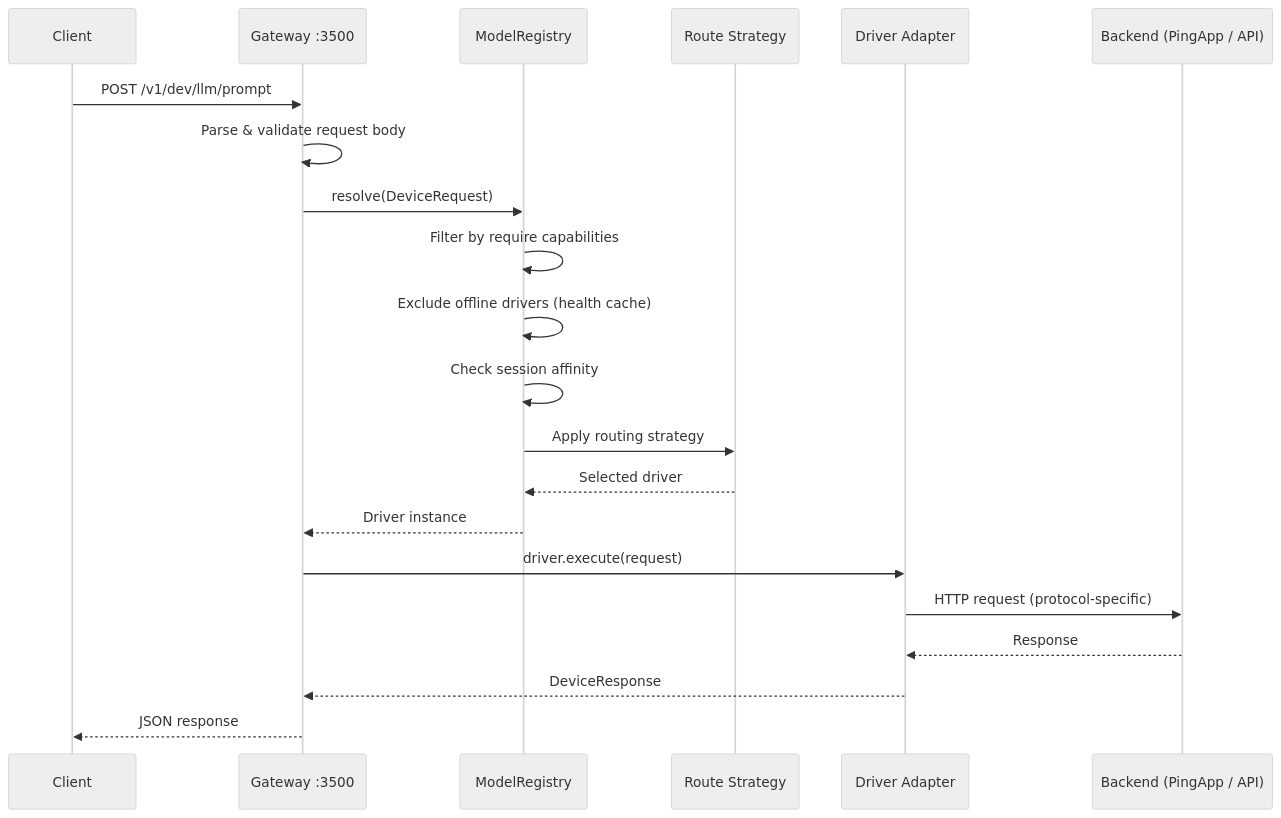
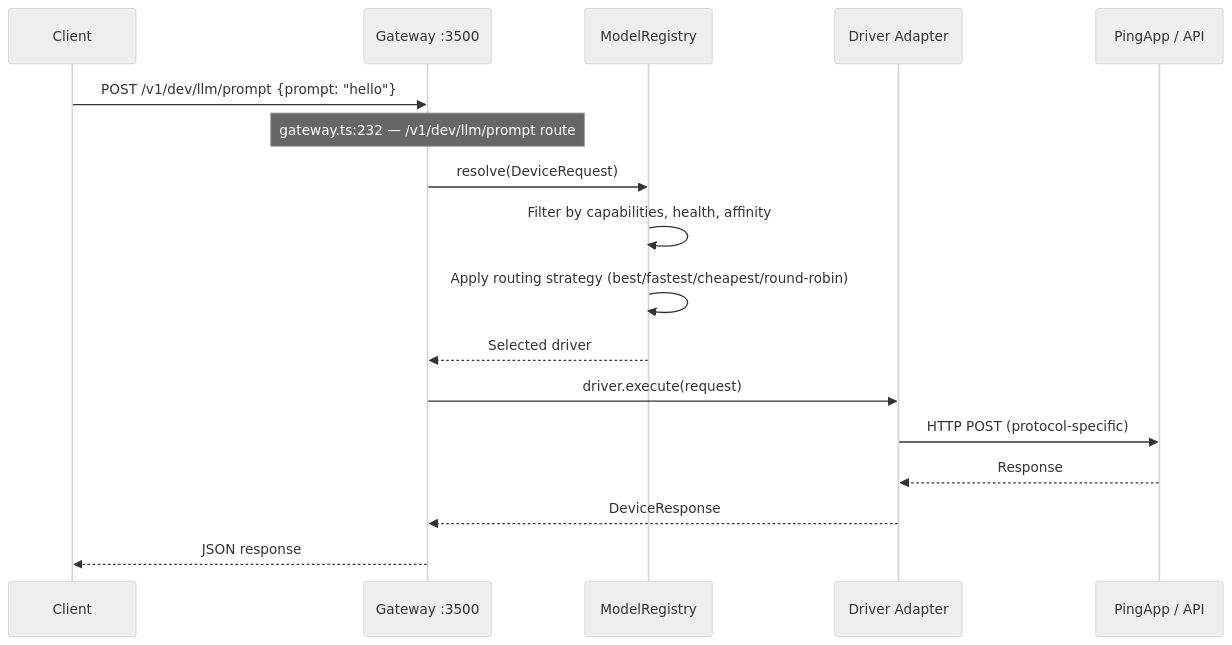
One commit to lorcan35/pingdev changed the fourth of 13 diagrams in docs/ARCHITECTURE.md. Above: the diagram before and after it, drawn with Mermaid (neutral theme). The commit also changed other lines of this file and 28 other files, not shown here.

Commit message:
docs: comprehensive documentation overhaul — API, architecture, guides, install

````diff
--- a/docs/ARCHITECTURE.md
+++ b/docs/ARCHITECTURE.md
@@ -88,24 +136,20 @@
 ```mermaid
 sequenceDiagram
     participant Client
     participant Gateway as Gateway :3500
     participant Registry as ModelRegistry
-    participant Router as Route Strategy
     participant Driver as Driver Adapter
-    participant Backend as Backend (PingApp / API)
+    participant Backend as PingApp / API
 
-    Client->>Gateway: POST /v1/dev/llm/prompt
-    Gateway->>Gateway: Parse & validate request body
+    Client->>Gateway: POST /v1/dev/llm/prompt {prompt: "hello"}
+    Note over Gateway: gateway.ts:232 — /v1/dev/llm/prompt route
     Gateway->>Registry: resolve(DeviceRequest)
-    Registry->>Registry: Filter by require capabilities
-    Registry->>Registry: Exclude offline drivers (health cache)
-    Registry->>Registry: Check session affinity
-    Registry->>Router: Apply routing strategy
-    Router-->>Registry: Selected driver
-    Registry-->>Gateway: Driver instance
+    Registry->>Registry: Filter by capabilities, health, affinity
+    Registry->>Registry: Apply routing strategy (best/fastest/cheapest/round-robin)
+    Registry-->>Gateway: Selected driver
     Gateway->>Driver: driver.execute(request)
-    Driver->>Backend: HTTP request (protocol-specific)
+    Driver->>Backend: HTTP POST (protocol-specific)
     Backend-->>Driver: Response
     Driver-->>Gateway: DeviceResponse
     Gateway-->>Client: JSON response
 ```
````
